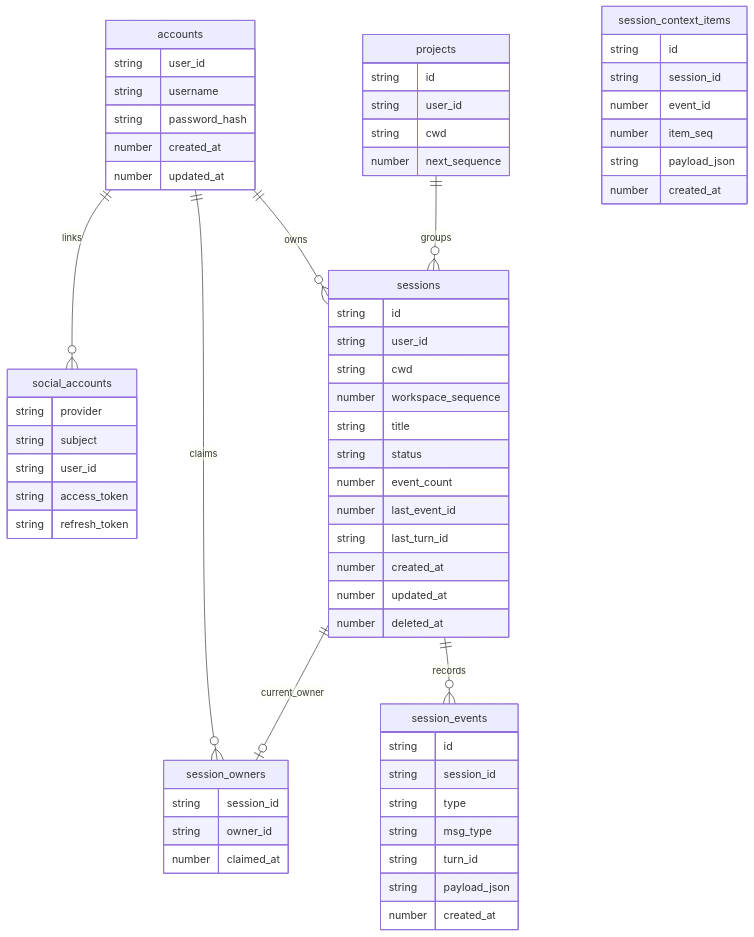
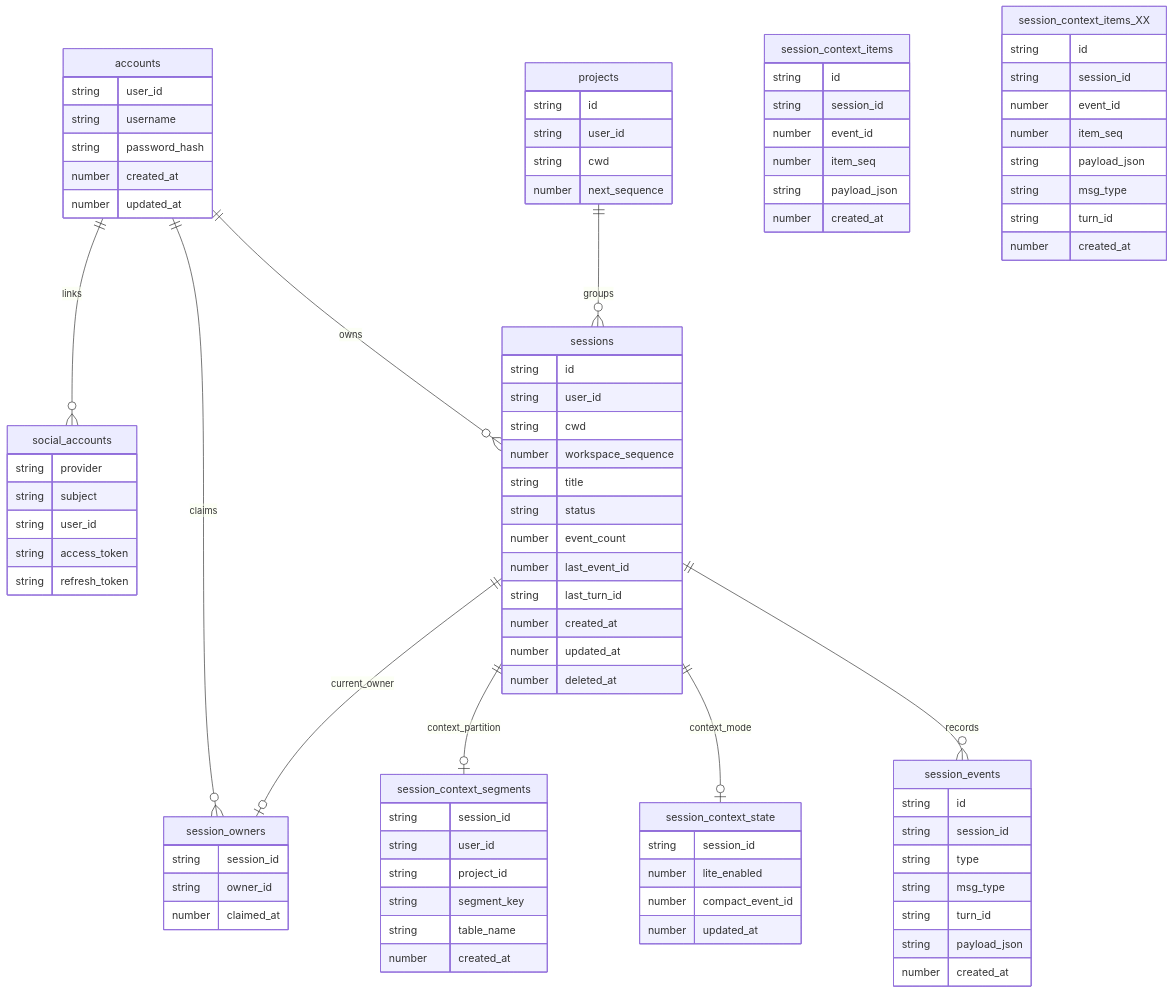
Before and after one commit to hikaMaeng/ndx: the ninth of 20 diagrams in docs/system-architecture-ko.md, drawn with Mermaid. The commit also changed other lines of this file and 17 other files, not shown here.

Commit message:
Add session context controls

```diff
--- a/docs/system-architecture-ko.md
+++ b/docs/system-architecture-ko.md
@@ -353,6 +353,8 @@
   accounts ||--o{ session_owners : claims
   projects ||--o{ sessions : groups
   sessions ||--o{ session_events : records
+  sessions ||--o| session_context_state : context_mode
+  sessions ||--o| session_context_segments : context_partition
   sessions ||--o| session_owners : current_owner
 
   accounts {
@@ -412,6 +414,33 @@
     number created_at
   }
 
+  session_context_state {
+    string session_id
+    number lite_enabled
+    number compact_event_id
+    number updated_at
+  }
+
+  session_context_segments {
+    string session_id
+    string user_id
+    string project_id
+    string segment_key
+    string table_name
+    number created_at
+  }
+
+  session_context_items_XX {
+    string id
+    string session_id
+    number event_id
+    number item_seq
+    string payload_json
+    string msg_type
+    string turn_id
+    number created_at
+  }
+
   session_owners {
     string session_id
     string owner_id
```
